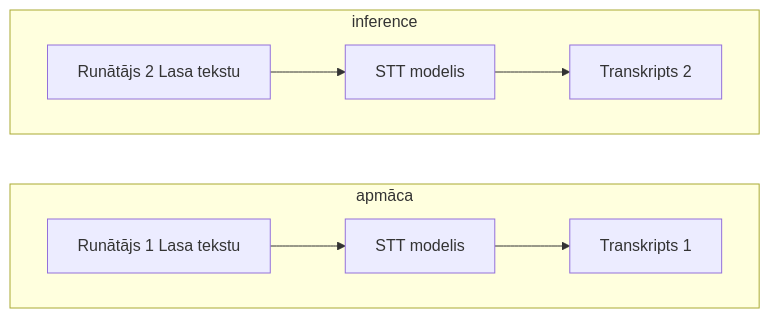
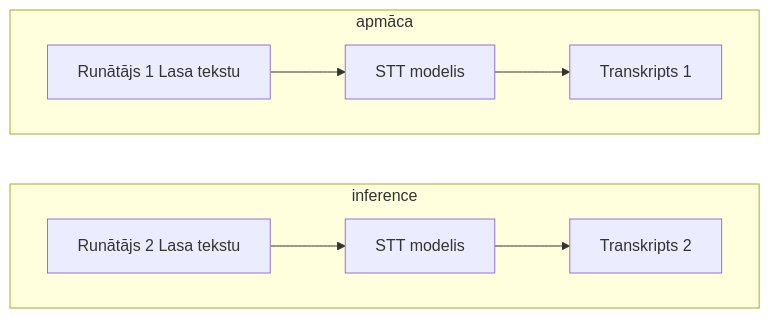
One commit to Betija13/Bakalaura_darbs_kods changed the first of 2 diagrams in praktiskas_dalas_plans.md. Above: the diagram before and after it, drawn with Mermaid.

````diff
--- a/praktiskas_dalas_plans.md
+++ b/praktiskas_dalas_plans.md
@@ -1,13 +1,15 @@
 ```mermaid
 flowchart LR
+    subgraph id2[inference]
+    direction LR
+    D[Runātājs 2 Lasa tekstu] --> E[STT modelis] --> F[Transkripts 2]
+    end
+    
     subgraph 0i1[apmāca]
     direction LR
     A[Runātājs 1 Lasa tekstu] --> B[STT modelis] --> C[Transkripts 1]
     end
     
-    subgraph inference
-    direction LR
-    D[Runātājs 2 Lasa tekstu] --> E[STT modelis] --> F[Transkripts 2]
-    end
+    
     
 ```
````
